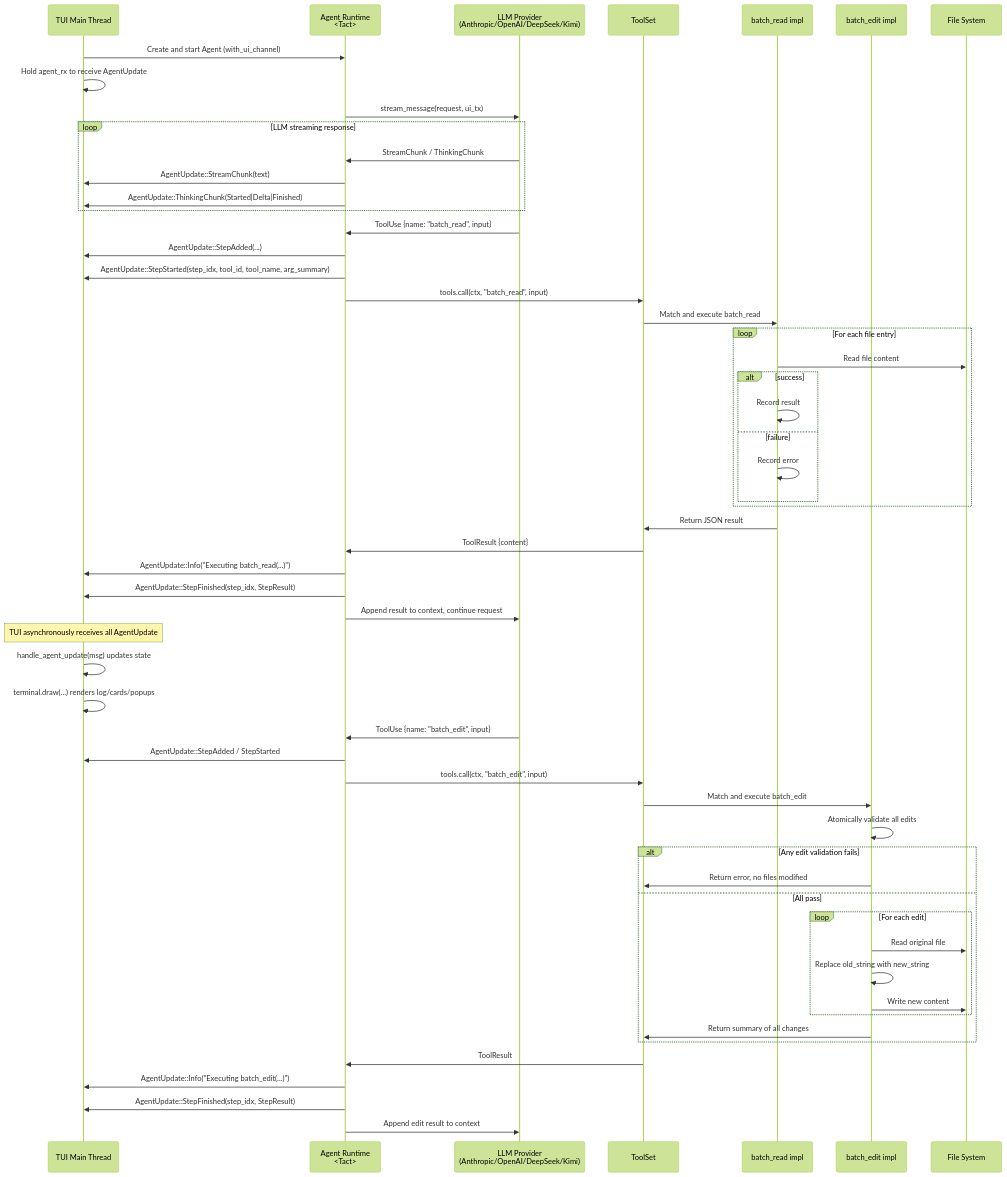
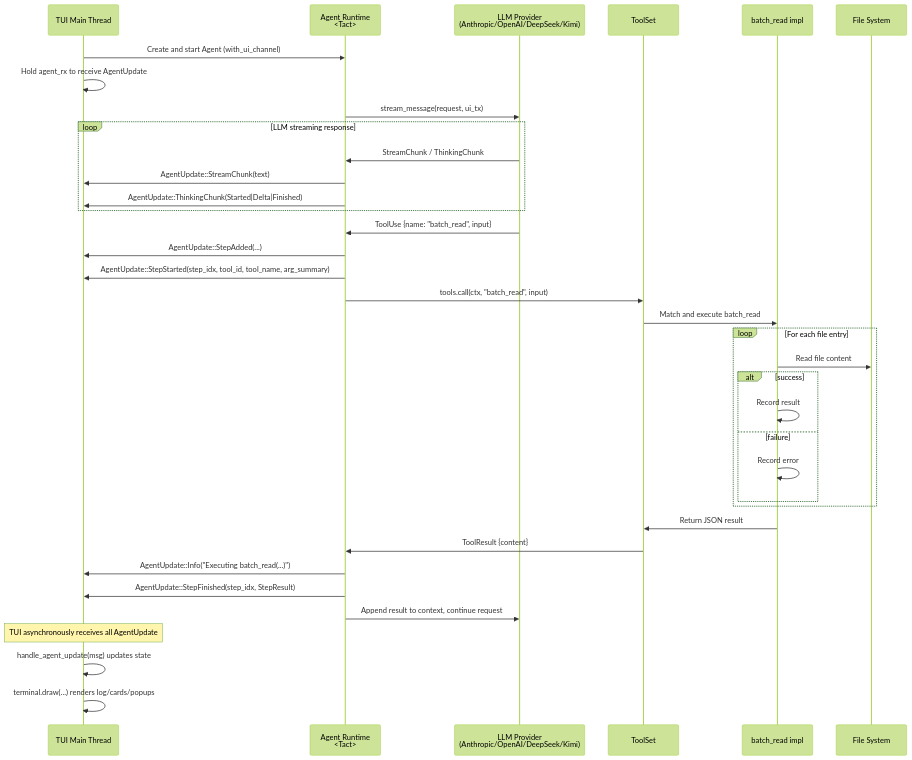
One commit to rust-infra/tact changed the first of 4 diagrams in docs/batch_tools_flow.md. Above: the diagram before and after it, drawn with Mermaid (forest theme). The commit also changed other lines of this file and 29 other files, not shown here.

First line of the commit message:
refactor(tools): restore edit_file and remove batch_edit

````diff
--- a/docs/batch_tools_flow.md
+++ b/docs/batch_tools_flow.md
@@ -12,73 +12,48 @@
 ```mermaid
 sequenceDiagram
     participant TUI as TUI Main Thread
     participant Agent as Agent Runtime<br/><Tact>
     participant LLM as LLM Provider<br/>(Anthropic/OpenAI/DeepSeek/Kimi)
     participant Toolset as ToolSet
     participant BatchRead as batch_read impl
-    participant BatchEdit as batch_edit impl
     participant FS as File System
 
     TUI->>Agent: Create and start Agent (with_ui_channel)
     TUI->>TUI: Hold agent_rx to receive AgentUpdate
 
     Agent->>LLM: stream_message(request, ui_tx)
 
     loop LLM streaming response
         LLM->>Agent: StreamChunk / ThinkingChunk
         Agent->>TUI: AgentUpdate::StreamChunk(text)
         Agent->>TUI: AgentUpdate::ThinkingChunk(Started|Delta|Finished)
     end
 
     LLM->>Agent: ToolUse {name: "batch_read", input}
     Agent->>TUI: AgentUpdate::StepAdded(...)
     Agent->>TUI: AgentUpdate::StepStarted(step_idx, tool_id, tool_name, arg_summary)
 
     Agent->>Toolset: tools.call(ctx, "batch_read", input)
     Toolset->>BatchRead: Match and execute batch_read
 
     loop For each file entry
         BatchRead->>FS: Read file content
         alt success
             BatchRead->>BatchRead: Record result
         else failure
             BatchRead->>BatchRead: Record error
         end
     end
 
     BatchRead->>Toolset: Return JSON result
     Toolset->>Agent: ToolResult {content}
 
     Agent->>TUI: AgentUpdate::Info("Executing batch_read(...)")
     Agent->>TUI: AgentUpdate::StepFinished(step_idx, StepResult)
 
     Agent->>LLM: Append result to context, continue request
 
     Note over TUI: TUI asynchronously receives all AgentUpdate
     TUI->>TUI: handle_agent_update(msg) updates state
     TUI->>TUI: terminal.draw(...) renders log/cards/popups
-
-    LLM->>Agent: ToolUse {name: "batch_edit", input}
-    Agent->>TUI: AgentUpdate::StepAdded / StepStarted
-    Agent->>Toolset: tools.call(ctx, "batch_edit", input)
-    Toolset->>BatchEdit: Match and execute batch_edit
-
-    BatchEdit->>BatchEdit: Atomically validate all edits
-
-    alt Any edit validation fails
-        BatchEdit->>Toolset: Return error, no files modified
-    else All pass
-        loop For each edit
-            BatchEdit->>FS: Read original file
-            BatchEdit->>BatchEdit: Replace old_string with new_string
-            BatchEdit->>FS: Write new content
-        end
-        BatchEdit->>Toolset: Return summary of all changes
-    end
-
-    Toolset->>Agent: ToolResult
-    Agent->>TUI: AgentUpdate::Info("Executing batch_edit(...)")
-    Agent->>TUI: AgentUpdate::StepFinished(step_idx, StepResult)
-
-    Agent->>LLM: Append edit result to context
 ```
````
